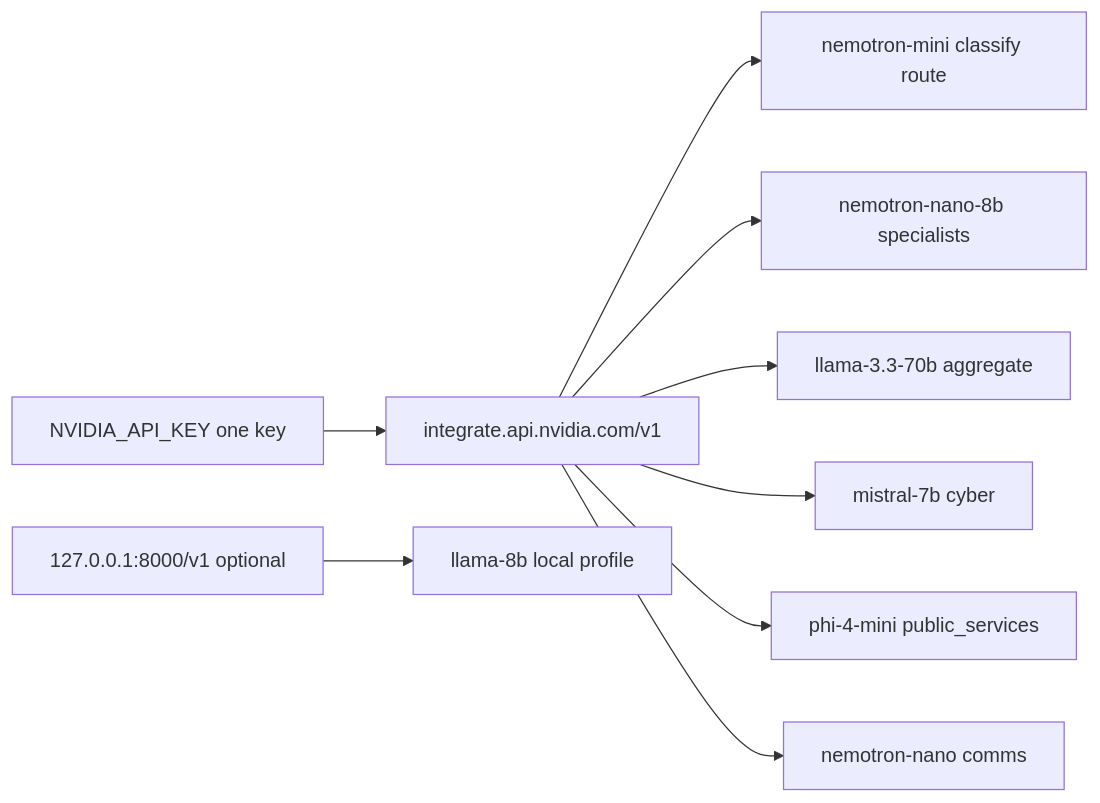
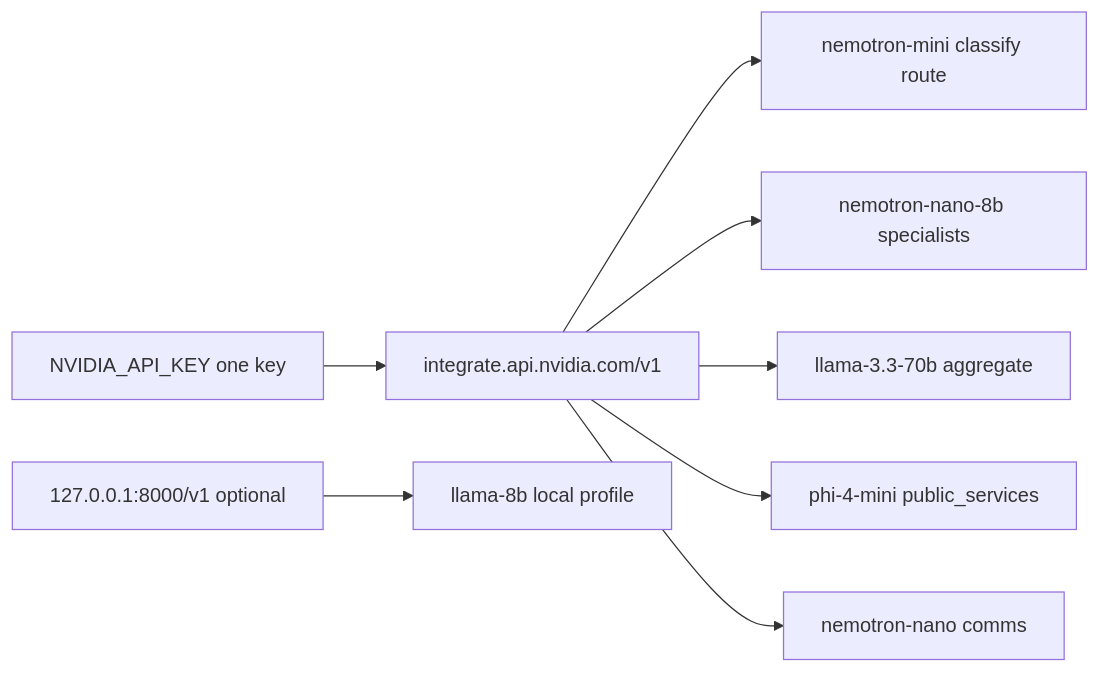
The second of 2 diagrams in docs/TECHNICAL_DESIGN.md (Java4all/hkteam), drawn with Mermaid before and after one commit. The commit also changed other lines of this file and 23 other files, not shown here.

````diff
--- a/docs/TECHNICAL_DESIGN.md
+++ b/docs/TECHNICAL_DESIGN.md
@@ -616,14 +616,13 @@
 ```mermaid
 flowchart LR
   KEY[NVIDIA_API_KEY one key]
   CLOUD[integrate.api.nvidia.com/v1]
   LOCAL[127.0.0.1:8000/v1 optional]
   KEY --> CLOUD
   CLOUD --> M1[nemotron-mini classify route]
   CLOUD --> M2[nemotron-nano-8b specialists]
   CLOUD --> M3[llama-3.3-70b aggregate]
-  CLOUD --> M4[mistral-7b cyber]
-  CLOUD --> M5[phi-4-mini public_services]
+  CLOUD --> M4[phi-4-mini public_services]
   CLOUD --> M7[nemotron-nano comms]
   LOCAL --> M6[llama-8b local profile]
 ```
````
